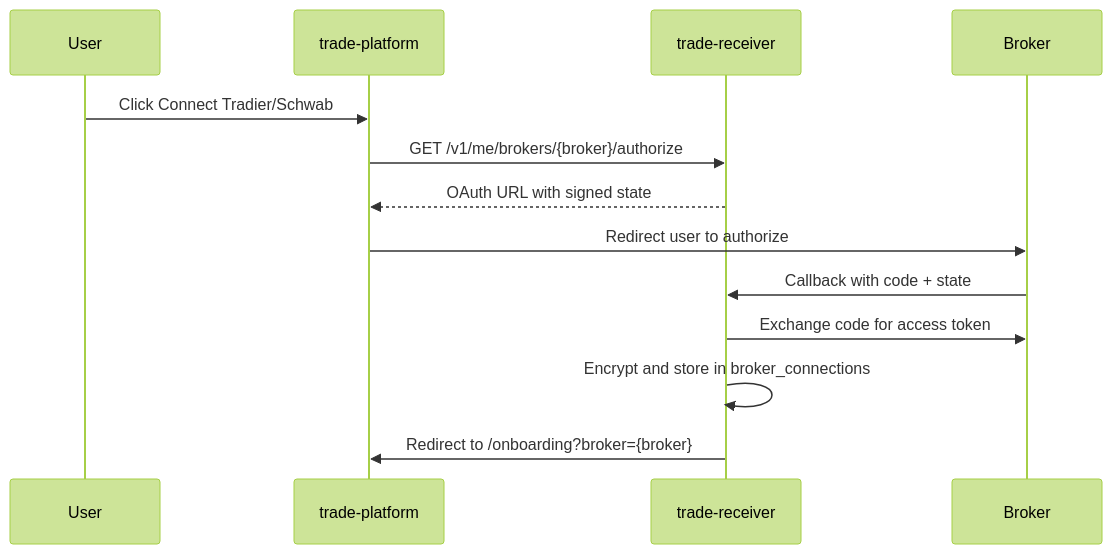
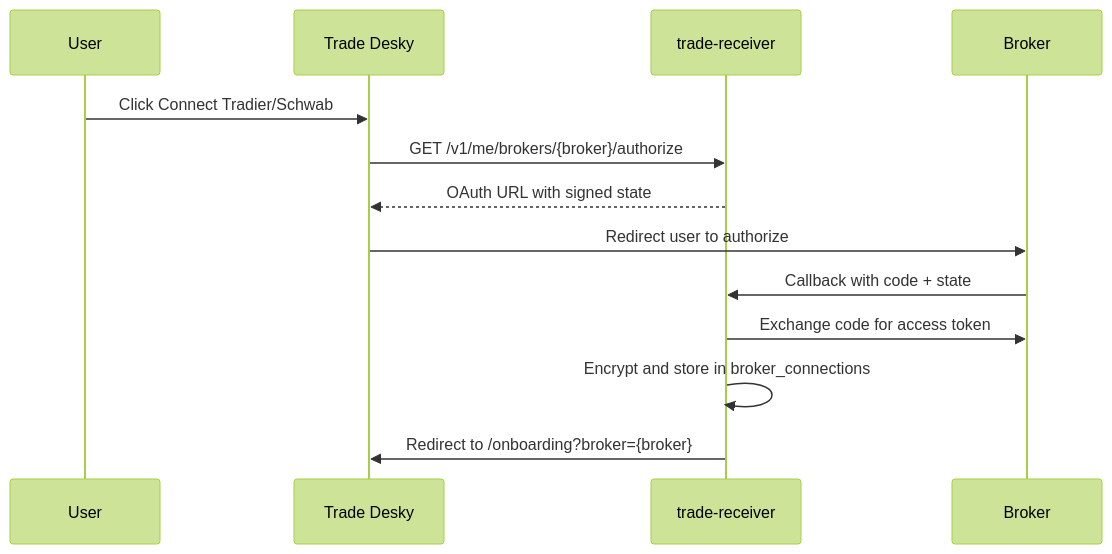
One commit to fcpauldiaz/trade-receiver changed the diagram in README.md. Above: the diagram before and after it, drawn with Mermaid (forest theme). The commit also changed other lines of this file and 1 other file, not shown here.

Commit message:
Update docs to reference Trade Desky instead of discord-trader

````diff
--- a/README.md
+++ b/README.md
@@ -86,16 +88,16 @@
 ```mermaid
 sequenceDiagram
     participant User
-    participant Platform as trade-platform
+    participant Platform as Trade Desky
     participant Receiver as trade-receiver
     participant Broker
 
     User->>Platform: Click Connect Tradier/Schwab
     Platform->>Receiver: GET /v1/me/brokers/{broker}/authorize
     Receiver-->>Platform: OAuth URL with signed state
     Platform->>Broker: Redirect user to authorize
     Broker->>Receiver: Callback with code + state
     Receiver->>Broker: Exchange code for access token
     Receiver->>Receiver: Encrypt and store in broker_connections
     Receiver->>Platform: Redirect to /onboarding?broker={broker}
 ```
````
